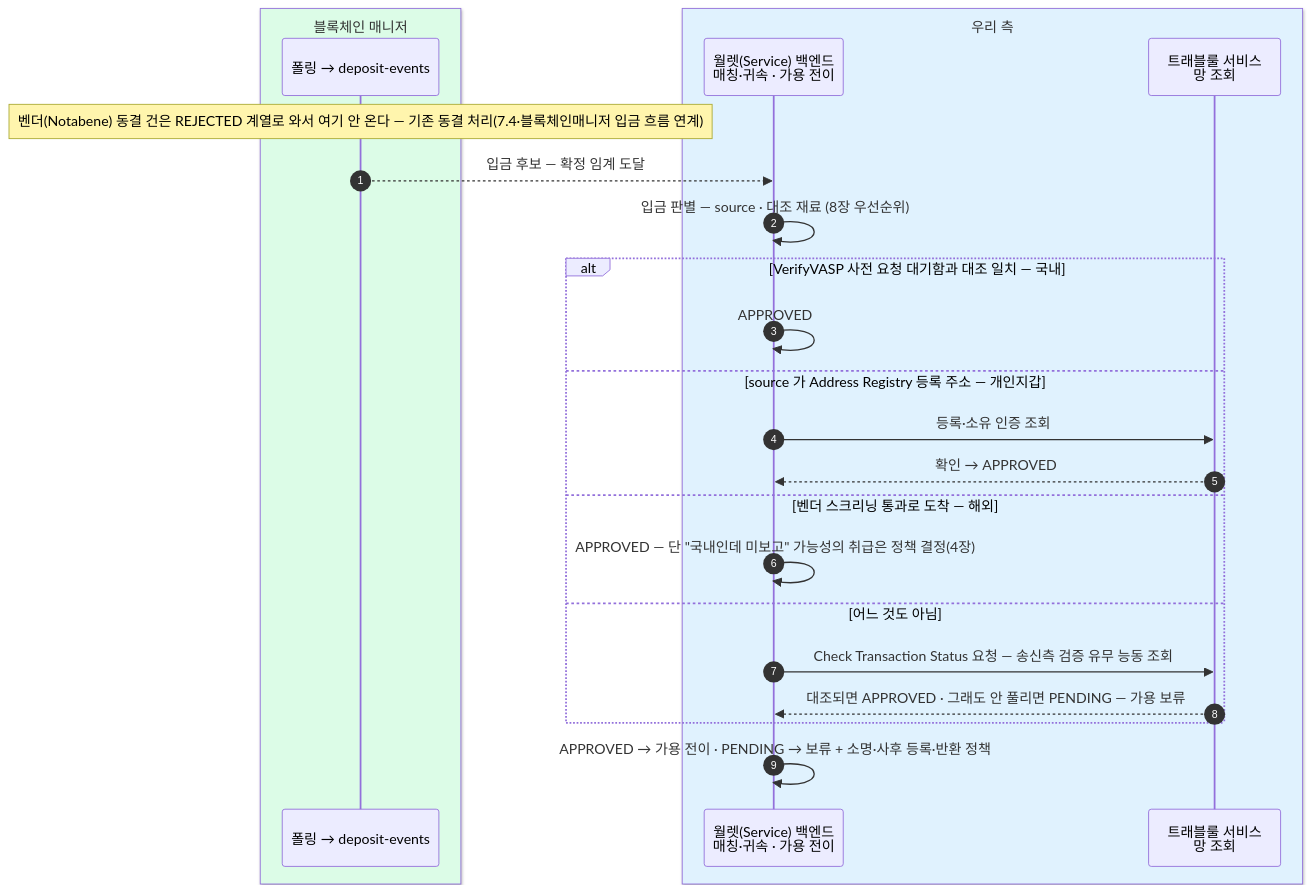
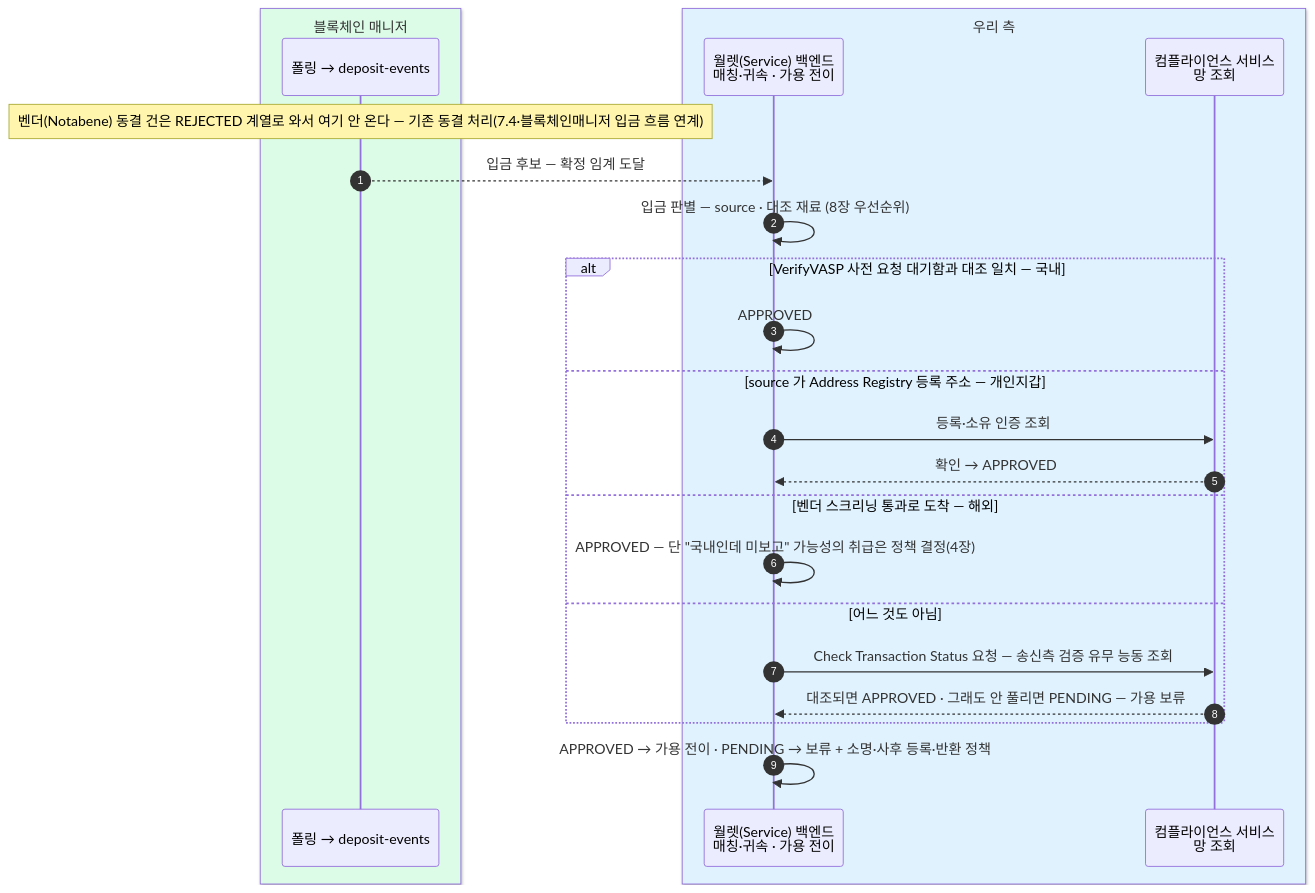
The fifth of 11 diagrams in blockchain-manager/docs/트래블룰/설계/07-scenarios.md (eunsujeo/eunpus), drawn with Mermaid before and after one commit. The commit also changed other lines of this file and 20 other files, not shown here.

Commit message:
컴플라이언스 서비스 문서 신설(범위·인터페이스·API 정본) + 트래블룰 문서 개명·validate/full 통일 + 문서 사이드바 메서드 배지

````diff
--- a/blockchain-manager/docs/트래블룰/설계/07-scenarios.md
+++ b/blockchain-manager/docs/트래블룰/설계/07-scenarios.md
@@ -222,27 +228,27 @@
 ```mermaid
 sequenceDiagram
     autonumber
     box rgb(220,252,231) 블록체인 매니저
     participant BM as 폴링 → deposit-events
     end
     box rgb(224,242,254) 우리 측
     participant BE as 월렛(Service) 백엔드<br/>매칭·귀속 · 가용 전이
-    participant GT as 트래블룰 서비스<br/>망 조회
+    participant GT as 컴플라이언스 서비스<br/>망 조회
     end
 
     Note over BM: 벤더(Notabene) 동결 건은 REJECTED 계열로 와서 여기 안 온다 — 기존 동결 처리(7.4·블록체인매니저 입금 흐름 연계)
     BM-->>BE: 입금 후보 — 확정 임계 도달
     BE->>BE: 입금 판별 — source · 대조 재료 (8장 우선순위)
     alt VerifyVASP 사전 요청 대기함과 대조 일치 — 국내
         BE->>BE: APPROVED
     else source 가 Address Registry 등록 주소 — 개인지갑
         BE->>GT: 등록·소유 인증 조회
         GT-->>BE: 확인 → APPROVED
     else 벤더 스크리닝 통과로 도착 — 해외
         BE->>BE: APPROVED — 단 "국내인데 미보고" 가능성의 취급은 정책 결정(4장)
     else 어느 것도 아님
         BE->>GT: Check Transaction Status 요청 — 송신측 검증 유무 능동 조회
         GT-->>BE: 대조되면 APPROVED · 그래도 안 풀리면 PENDING — 가용 보류
     end
     BE->>BE: APPROVED → 가용 전이 · PENDING → 보류 + 소명·사후 등록·반환 정책
 ```
````
